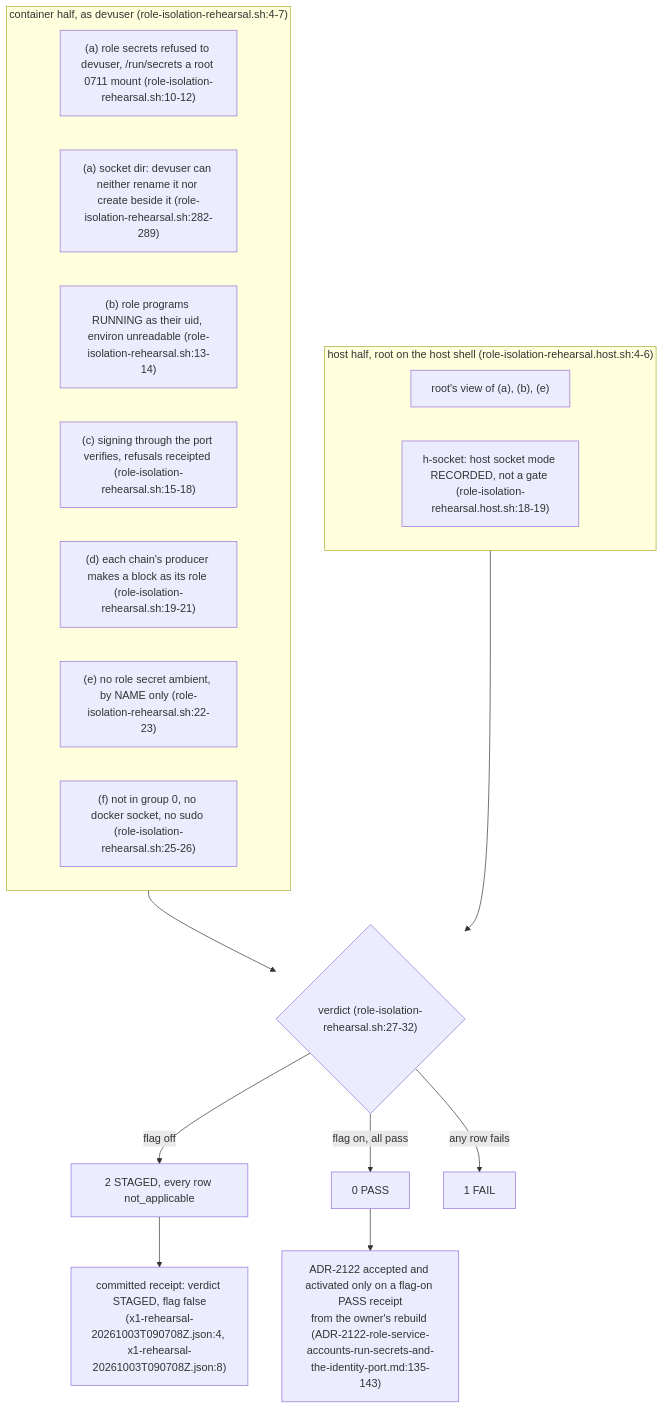
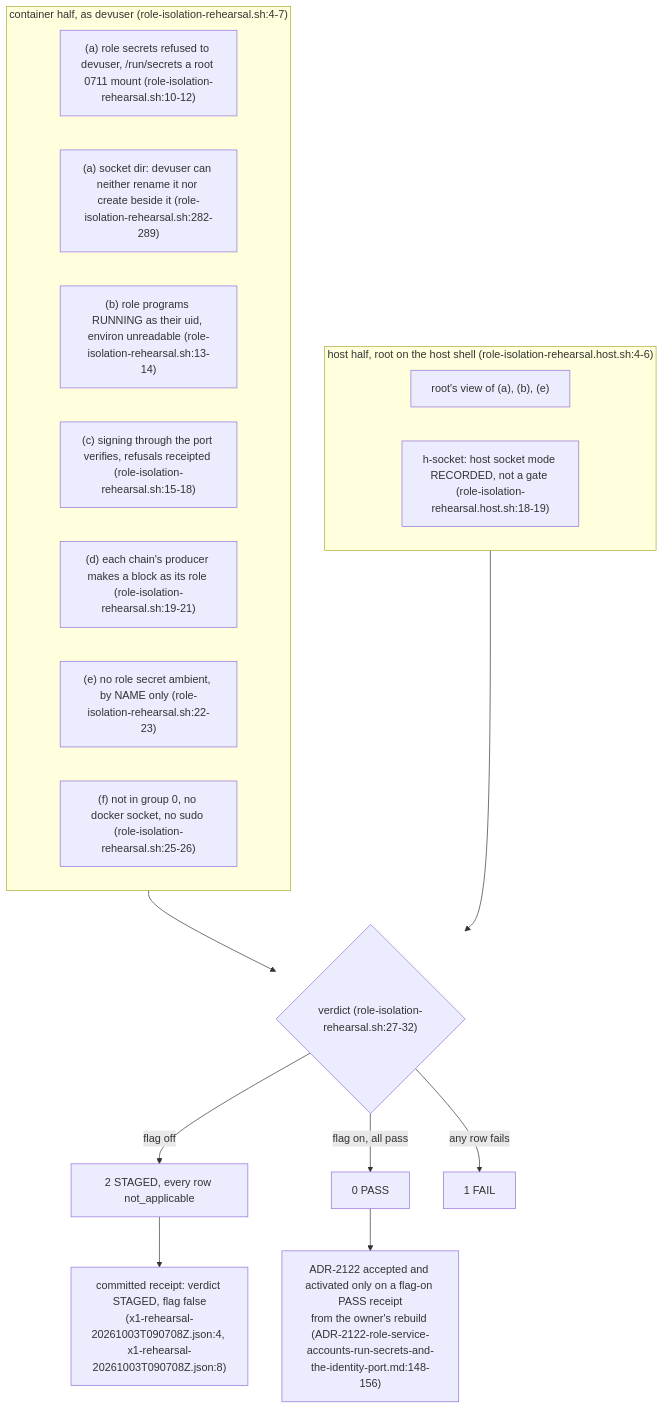
Before and after one commit to DreamLab-AI/VisionFlow: the seventh of 7 diagrams in docs/diagrams/agentbox/36-role-isolation-and-identity-port.md, drawn with Mermaid. The commit also changed other lines of this file and 145 other files, not shown here.

````diff
--- a/docs/diagrams/agentbox/36-role-isolation-and-identity-port.md
+++ b/docs/diagrams/agentbox/36-role-isolation-and-identity-port.md
@@ -236,24 +237,24 @@
 ```mermaid
 flowchart TB
     subgraph IN["container half, as devuser (role-isolation-rehearsal.sh:4-7)"]
         A["(a) role secrets refused to devuser, /run/secrets a root 0711 mount (role-isolation-rehearsal.sh:10-12)"]
         A2["(a) socket dir: devuser can neither rename it nor create beside it (role-isolation-rehearsal.sh:282-289)"]
         B["(b) role programs RUNNING as their uid, environ unreadable (role-isolation-rehearsal.sh:13-14)"]
         C["(c) signing through the port verifies, refusals receipted (role-isolation-rehearsal.sh:15-18)"]
         D["(d) each chain's producer makes a block as its role (role-isolation-rehearsal.sh:19-21)"]
         E["(e) no role secret ambient, by NAME only (role-isolation-rehearsal.sh:22-23)"]
         F["(f) not in group 0, no docker socket, no sudo (role-isolation-rehearsal.sh:25-26)"]
     end
     subgraph HOST["host half, root on the host shell (role-isolation-rehearsal.host.sh:4-6)"]
         H1["root's view of (a), (b), (e)"]
         H2["h-socket: host socket mode RECORDED, not a gate (role-isolation-rehearsal.host.sh:18-19)"]
     end
     V{"verdict (role-isolation-rehearsal.sh:27-32)"}
     IN --> V
     HOST --> V
     V -->|"flag off"| ST["2 STAGED, every row not_applicable"]
     V -->|"flag on, all pass"| PA["0 PASS"]
     V -->|"any row fails"| FA["1 FAIL"]
     ST --> REC["committed receipt: verdict STAGED, flag false<br/>(x1-rehearsal-20261003T090708Z.json:4, x1-rehearsal-20261003T090708Z.json:8)"]
-    PA --> ACC["ADR-2122 accepted and activated only on a flag-on PASS receipt<br/>from the owner's rebuild (ADR-2122-role-service-accounts-run-secrets-and-the-identity-port.md:135-143)"]
+    PA --> ACC["ADR-2122 accepted and activated only on a flag-on PASS receipt<br/>from the owner's rebuild (ADR-2122-role-service-accounts-run-secrets-and-the-identity-port.md:148-156)"]
 ```
````
